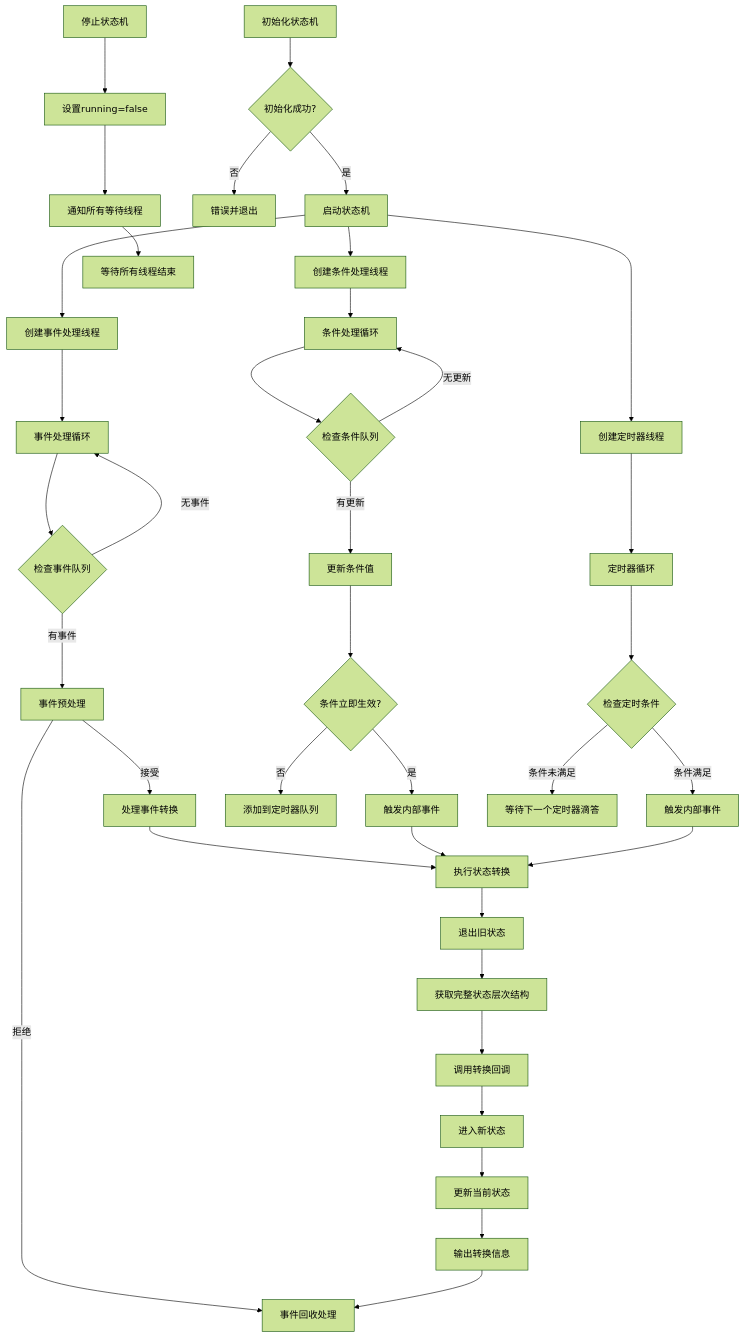
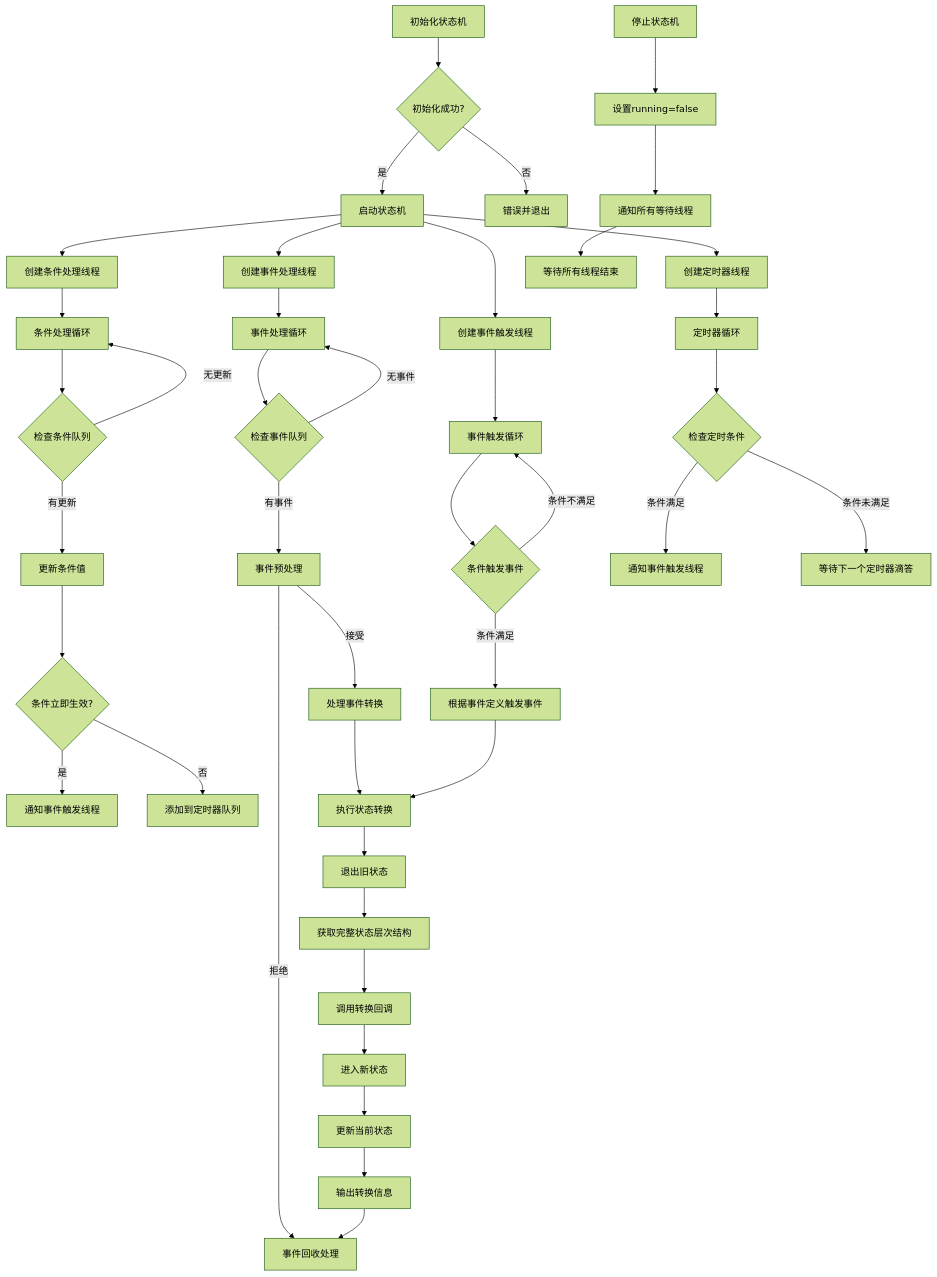
The diagram in README_CN.md (JUSTLIKEHU/StateMachine_Frame), drawn with Mermaid (forest theme) before and after one commit. The commit also changed other lines of this file and 6 other files, not shown here.

````diff
--- a/README_CN.md
+++ b/README_CN.md
@@ -472,45 +496,50 @@
 ```mermaid
 graph TD
   A[初始化状态机] --> B{初始化成功?}
   B -->|是| C[启动状态机]
   B -->|否| D[错误并退出]
   
   C --> E[创建事件处理线程]
+  C --> E1[创建事件触发线程]
   C --> E2[创建条件处理线程]
   C --> F[创建定时器线程]
   
   E --> G[事件处理循环]
   G --> H{检查事件队列}
   H -->|有事件| I0[事件预处理]
   I0 -->|接受| I[处理事件转换]
   I0 -->|拒绝| I2[事件回收处理]
   H -->|无事件| G
   
+  E1 --> G1[事件触发循环]
+  G1 --> H1{条件触发事件}
+  H1 -->|条件满足| I1[根据事件定义触发事件]
+  H1 -->|条件不满足| G1
+  
   E2 --> J1[条件处理循环]
   J1 --> J2{检查条件队列}
   J2 -->|有更新| K[更新条件值]
   K --> K1{条件立即生效?}
-  K1 -->|是| K2[触发内部事件]
+  K1 -->|是| K2[通知事件触发线程]
   K1 -->|否| K3[添加到定时器队列]
   J2 -->|无更新| J1
   
   F --> M[定时器循环]
   M --> N{检查定时条件}
-  N -->|条件满足| O[触发内部事件]
+  N -->|条件满足| O[通知事件触发线程]
   N -->|条件未满足| P[等待下一个定时器滴答]
   
   I --> Q0[执行状态转换]
-  K2 --> Q0
-  O --> Q0
+  I1 --> Q0
   Q0 --> Q1[退出旧状态]
   Q1 --> Q[获取完整状态层次结构]
   Q --> R[调用转换回调]
   R --> S0[进入新状态]
   S0 --> S[更新当前状态]
   S --> T[输出转换信息]
   T --> I2
   
   Z[停止状态机] --> Z1[设置running=false]
   Z1 --> Z2[通知所有等待线程]
   Z2 --> Z3[等待所有线程结束]
 ```
````
